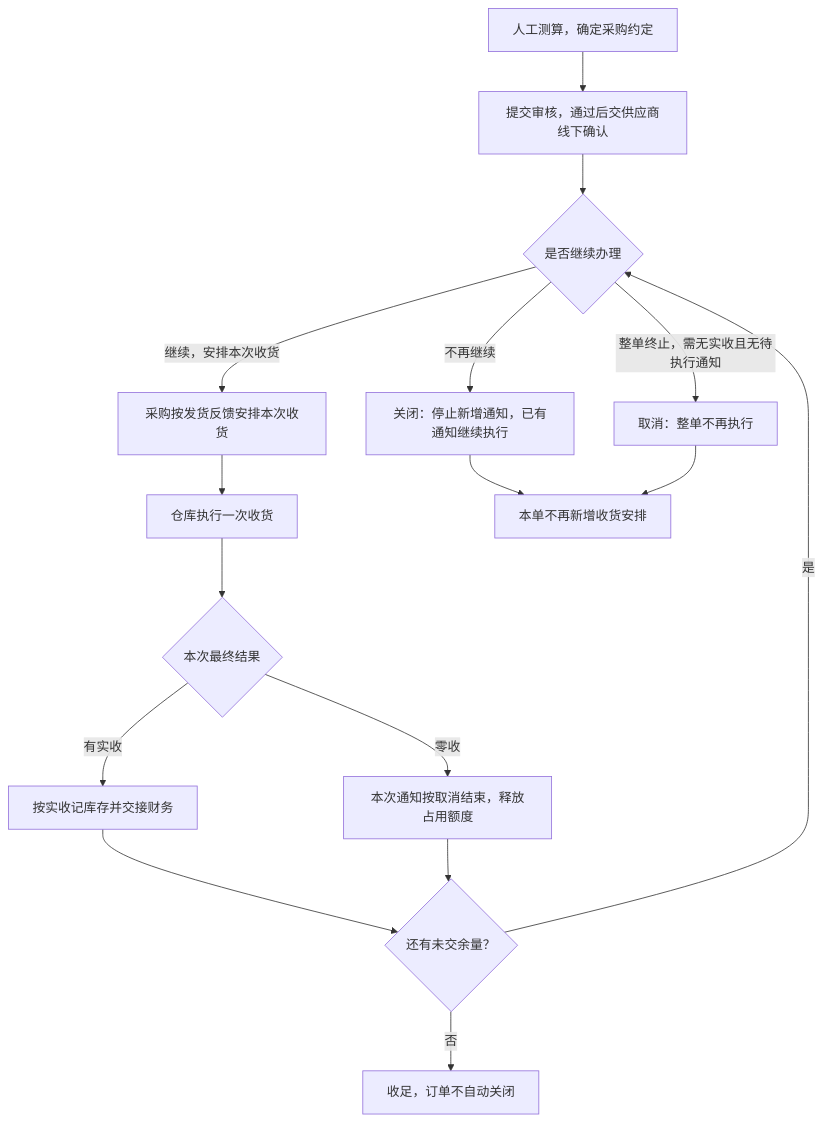
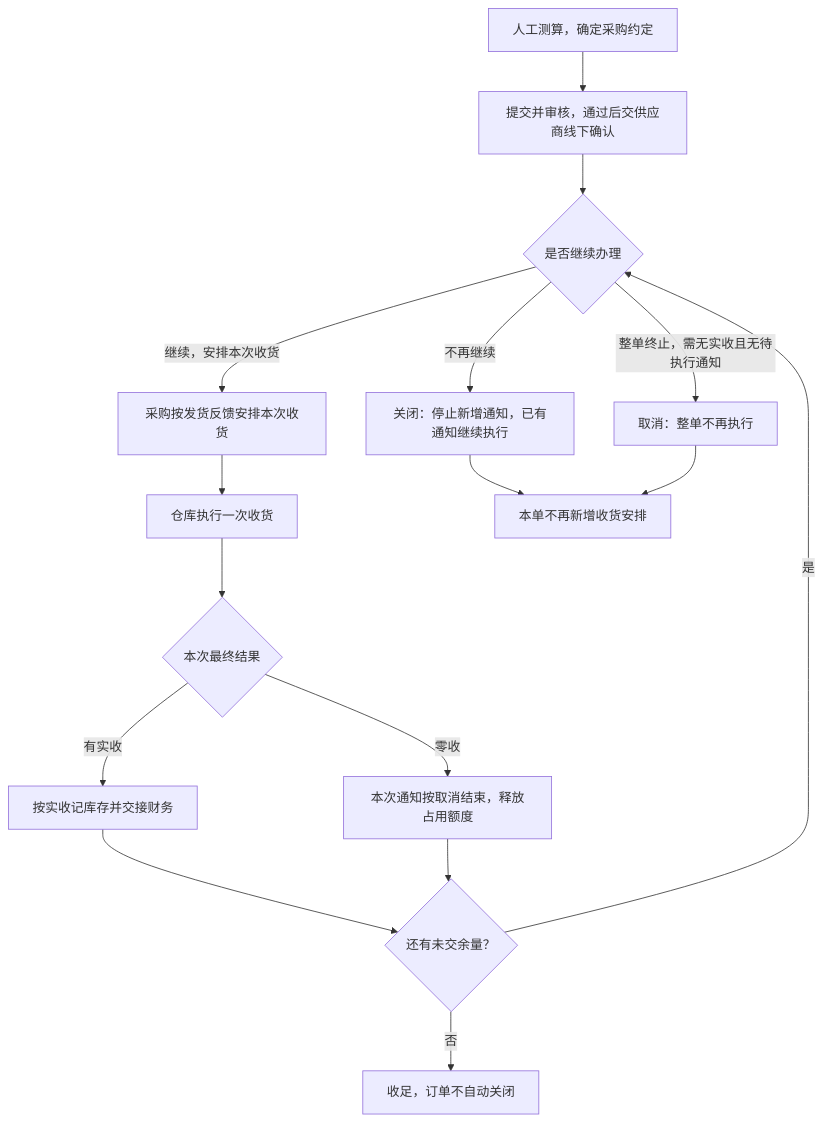
Before and after one commit to TopVitamin/QS-ERP-Project: the first of 2 diagrams in 03-业务分析和设计/01-采购业务设计.md, drawn with Mermaid. The commit also changed other lines of this file and 195 other files, not shown here.

````diff
--- a/03-业务分析和设计/01-采购业务设计.md
+++ b/03-业务分析和设计/01-采购业务设计.md
@@ -90,18 +90,18 @@
 ```mermaid
 flowchart TB
-    A[人工测算，确定采购约定] --> B[提交审核，通过后交供应商线下确认]
+    A[人工测算，确定采购约定] --> B[提交并审核，通过后交供应商线下确认]
     B --> C{是否继续办理}
     C -->|继续，安排本次收货| D[采购按发货反馈安排本次收货]
     D --> E[仓库执行一次收货]
     E --> F{本次最终结果}
     F -->|有实收| G[按实收记库存并交接财务]
     F -->|零收| H[本次通知按取消结束，释放占用额度]
     G --> I{还有未交余量？}
     H --> I
     I -->|是| C
     I -->|否| J[收足，订单不自动关闭]
     C -->|不再继续| K[关闭：停止新增通知，已有通知继续执行]
     C -->|整单终止，需无实收且无待执行通知| L[取消：整单不再执行]
     K --> M[本单不再新增收货安排]
     L --> M
 ```
````
